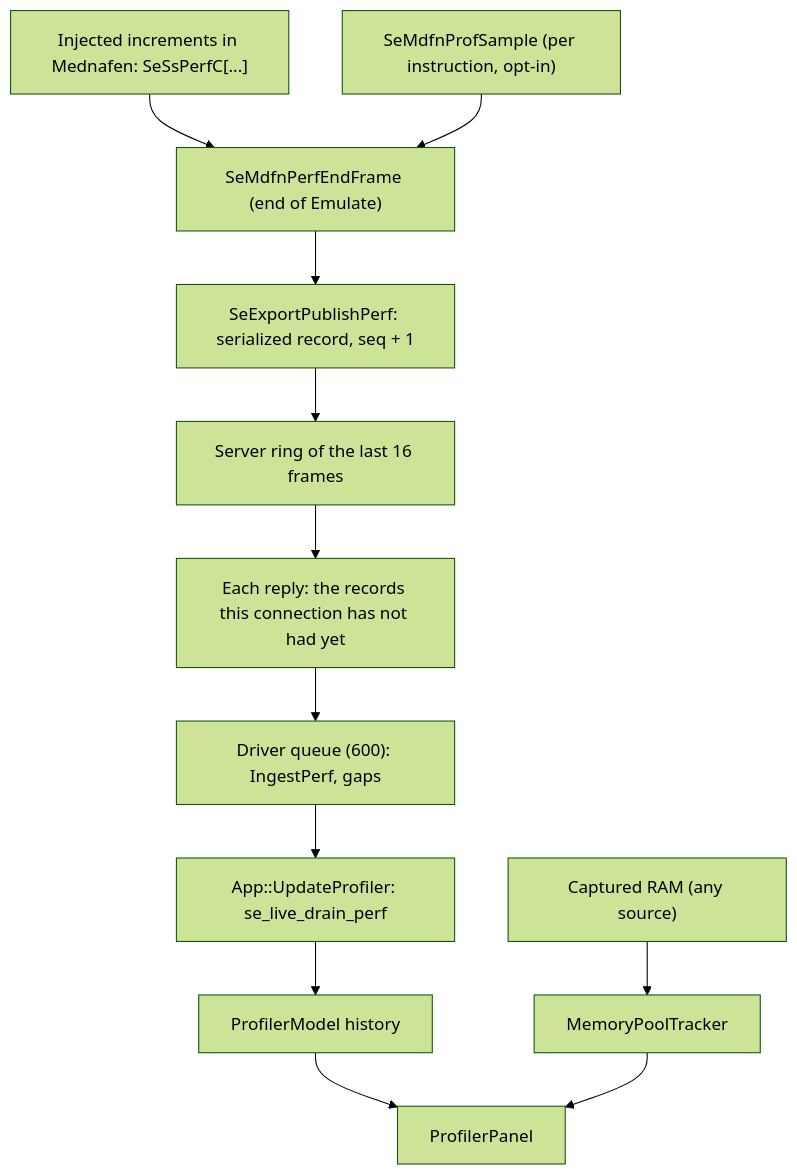
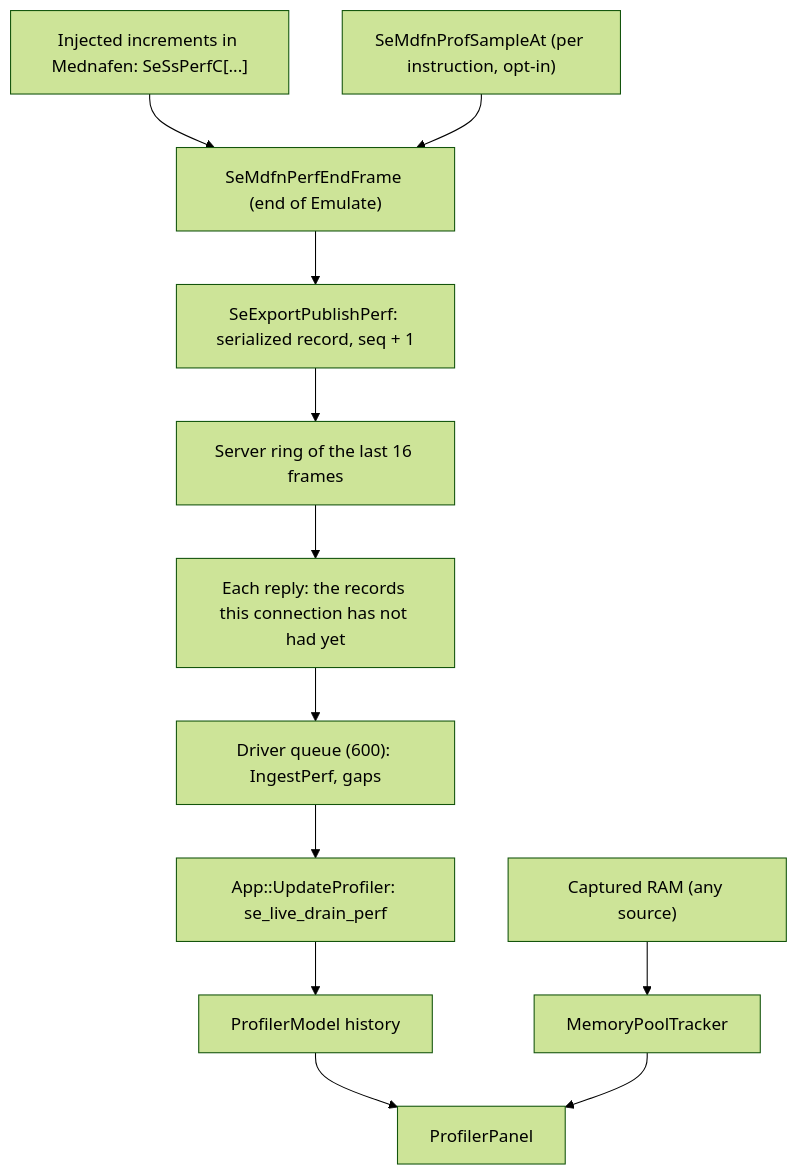
The diagram in SaturnExplorer/Docs/Codebase/Systems/Profiler.md (NoahSteam/RomHackingTools), drawn with Mermaid (forest theme) before and after one commit. The commit also changed other lines of this file and 18 other files, not shown here.

````diff
--- a/SaturnExplorer/Docs/Codebase/Systems/Profiler.md
+++ b/SaturnExplorer/Docs/Codebase/Systems/Profiler.md
@@ -45,13 +46,13 @@
 ```mermaid
 flowchart TD
     I["Injected increments in Mednafen: SeSsPerfC[...]"] --> E["SeMdfnPerfEndFrame (end of Emulate)"]
-    S["SeMdfnProfSample (per instruction, opt-in)"] --> E
+    S["SeMdfnProfSampleAt (per instruction, opt-in)"] --> E
     E --> P["SeExportPublishPerf: serialized record, seq + 1"]
     P --> R["Server ring of the last 16 frames"]
     R --> D["Each reply: the records this connection has not had yet"]
     D --> Q["Driver queue (600): IngestPerf, gaps"]
     Q --> A["App::UpdateProfiler: se_live_drain_perf"]
     A --> M["ProfilerModel history"]
     M --> U["ProfilerPanel"]
     C["Captured RAM (any source)"] --> T["MemoryPoolTracker"] --> U
 ```
````
